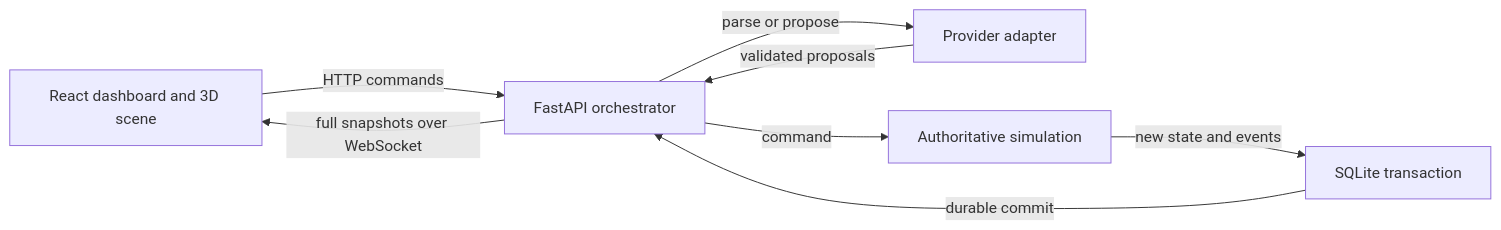
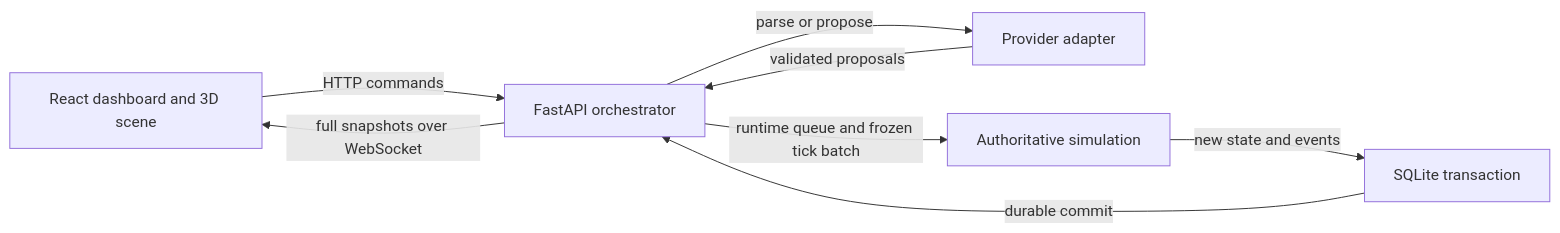
The diagram in docs/architecture.md (skatari172/Kronos), drawn with Mermaid before and after one commit. The commit also changed other lines of this file and 43 other files, not shown here.

````diff
--- a/docs/architecture.md
+++ b/docs/architecture.md
@@ -5,10 +7,10 @@
 ```mermaid
 flowchart LR
     UI[React dashboard and 3D scene] -->|HTTP commands| API[FastAPI orchestrator]
     API -->|parse or propose| AI[Provider adapter]
     AI -->|validated proposals| API
-    API -->|command| Engine[Authoritative simulation]
+    API -->|runtime queue and frozen tick batch| Engine[Authoritative simulation]
     Engine -->|new state and events| History[SQLite transaction]
     History -->|durable commit| API
     API -->|full snapshots over WebSocket| UI
 ```
````
